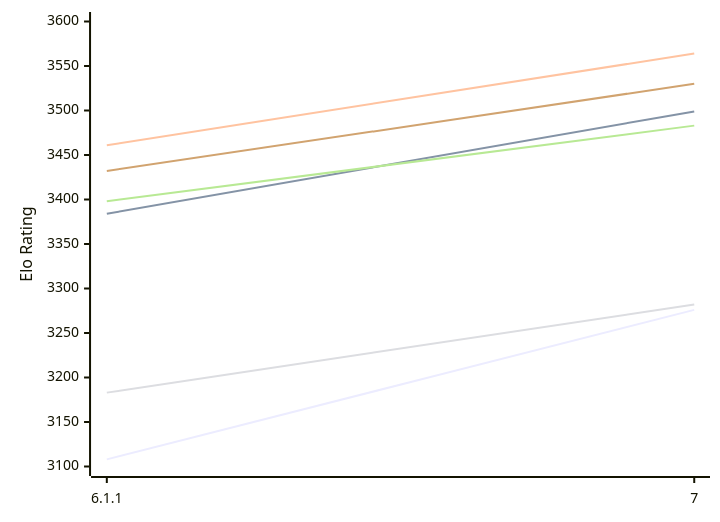
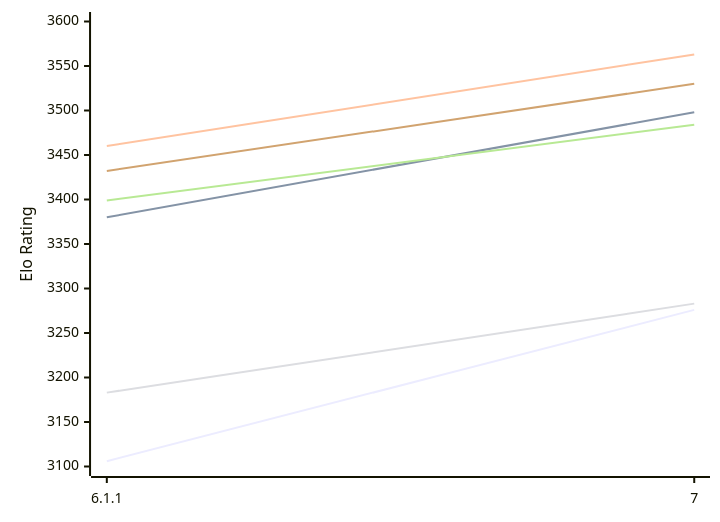
Before and after one commit to computer-chess-index/cci: the first of 2 diagrams in engines/Zangdar.md, drawn with Mermaid. The commit also changed other lines of this file, not shown here.

Commit message:
Update CCI Ratings (ELO VLTC) - 2026-11-28

````diff
--- a/engines/Zangdar.md
+++ b/engines/Zangdar.md
@@ -53,12 +53,12 @@
 ```mermaid
 %%{init: {"theme":"base","themeVariables":{"seriesColors:['#a3a3a3','#222221','#faa371']}}}%%
 xychart-beta
   x-axis ["6.1.1", "7"]
   y-axis "Elo Rating" 3100 --> 3600
-  line "E1: STC (8.0+0.08s)" [3108, 3276]
-  line "E1: LTC (60.0+0.60s)" [3384, 3499]
-  line "E1: VLTC (2m24s+1.12s)" [3461, 3564]
-  line "P1: STC (8.0+0.08s)" [3183, 3282]
-  line "P1: LTC (60.0+0.60s)" [3398, 3483]
+  line "E1: STC (8.0+0.08s)" [3106, 3276]
+  line "E1: LTC (60.0+0.60s)" [3380, 3498]
+  line "E1: VLTC (2m24s+1.12s)" [3460, 3563]
+  line "P1: STC (8.0+0.08s)" [3183, 3283]
+  line "P1: LTC (60.0+0.60s)" [3399, 3484]
   line "P1: VLTC (2m24s+1.12s)" [3432, 3530]
 ```
````
